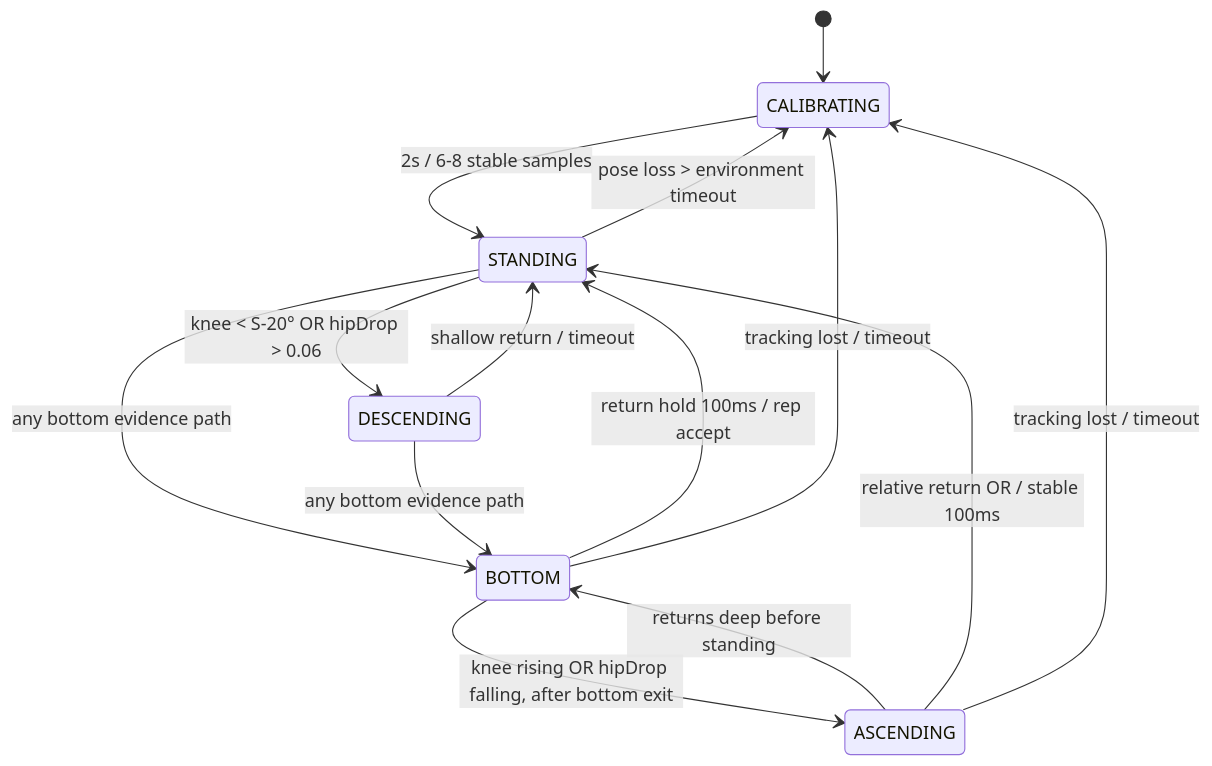
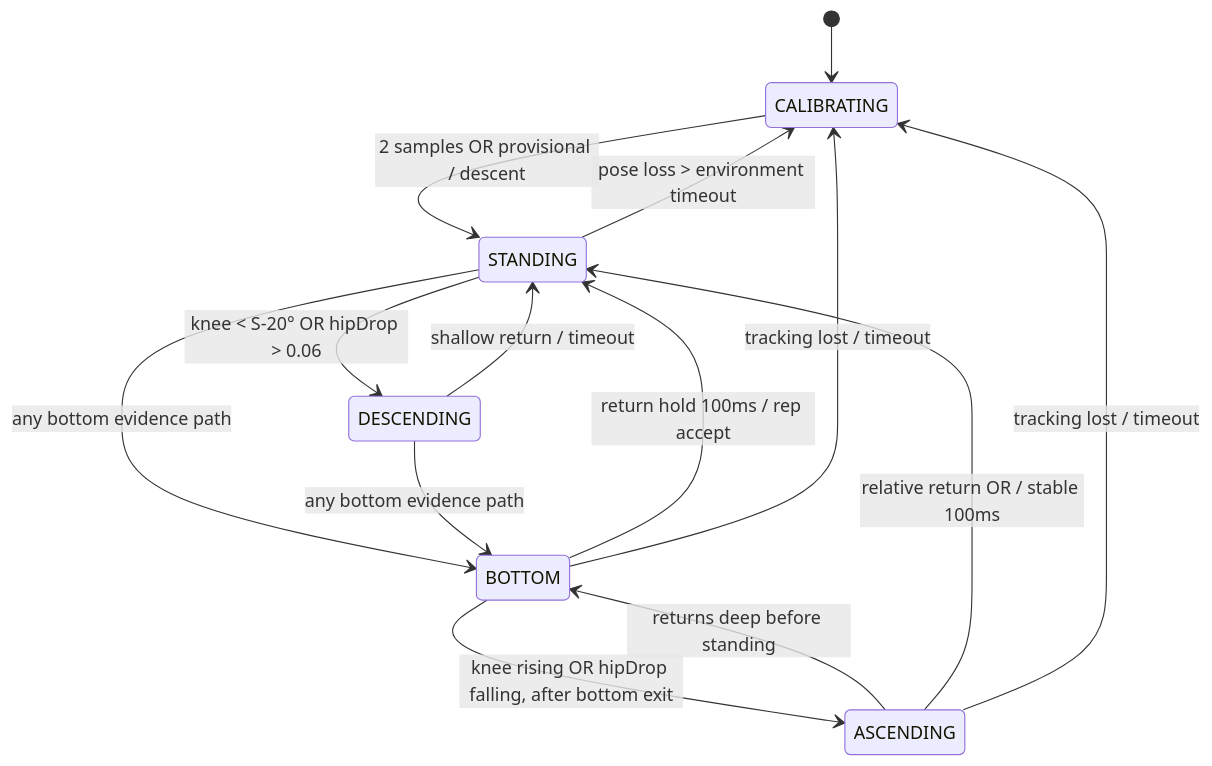
One commit to kren-team/MICHIZURE changed the second of 2 diagrams in docs/squat-detection.md. Above: the diagram before and after it, drawn with Mermaid. The commit also changed other lines of this file and 5 other files, not shown here.

````diff
--- a/docs/squat-detection.md
+++ b/docs/squat-detection.md
@@ -216,16 +218,16 @@
 ```mermaid
 stateDiagram-v2
     [*] --> CALIBRATING
-    CALIBRATING --> STANDING: 2s / 6-8 stable samples
+    CALIBRATING --> STANDING: 2 samples OR provisional / descent
     STANDING --> DESCENDING: knee < S-20° OR hipDrop > 0.06
     STANDING --> BOTTOM: any bottom evidence path
     DESCENDING --> STANDING: shallow return / timeout
     DESCENDING --> BOTTOM: any bottom evidence path
     BOTTOM --> ASCENDING: knee rising OR hipDrop falling, after bottom exit
     BOTTOM --> STANDING: return hold 100ms / rep accept
     BOTTOM --> CALIBRATING: tracking lost / timeout
     ASCENDING --> BOTTOM: returns deep before standing
     ASCENDING --> STANDING: relative return OR / stable 100ms
     ASCENDING --> CALIBRATING: tracking lost / timeout
     STANDING --> CALIBRATING: pose loss > environment timeout
 ```
````
